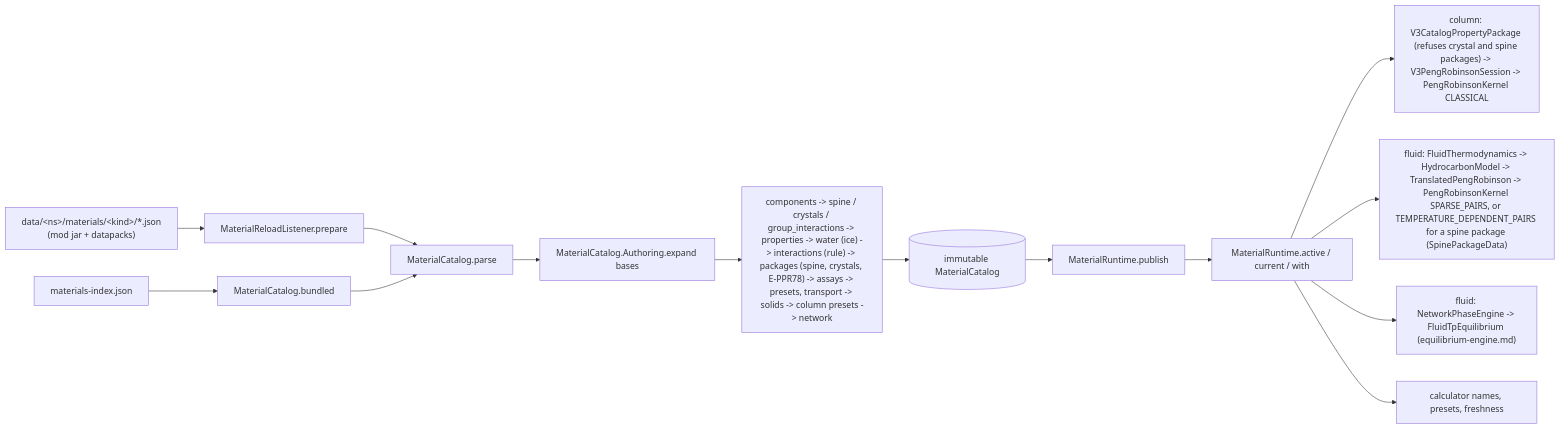
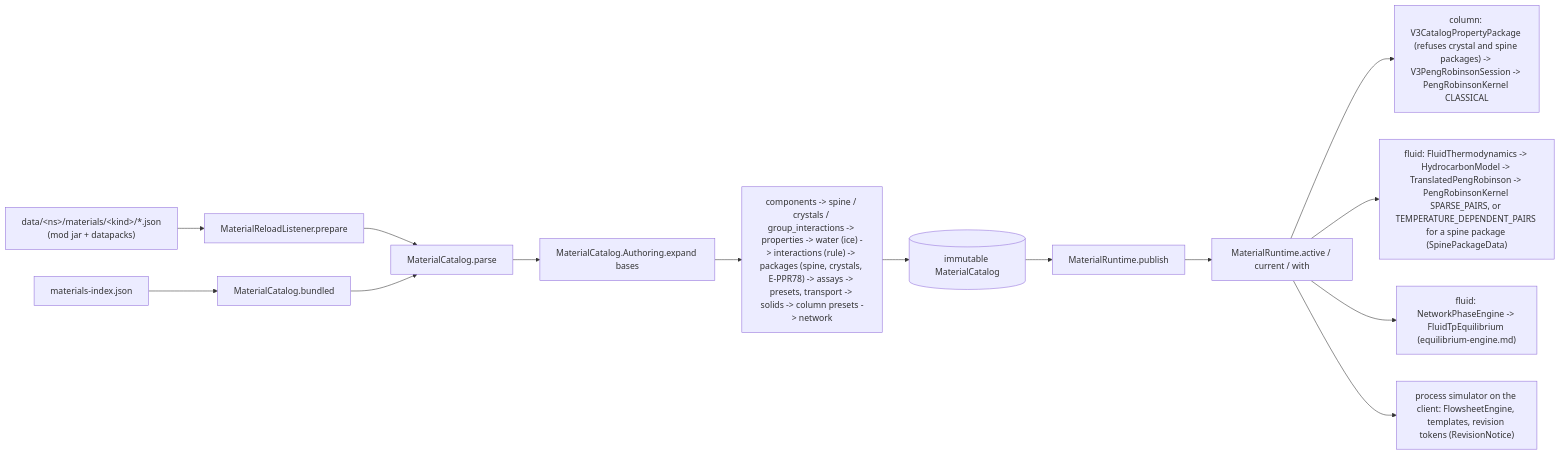
The diagram in documentation/reference/code-guide/thermo-materials.md (wormzjl/Industrial-Chemical-Engineering), drawn with Mermaid before and after one commit. The commit also changed other lines of this file and 8 other files, not shown here.

````diff
--- a/documentation/reference/code-guide/thermo-materials.md
+++ b/documentation/reference/code-guide/thermo-materials.md
@@ -92,16 +92,16 @@
 ```mermaid
 flowchart LR
   JSON["data/&lt;ns&gt;/materials/&lt;kind&gt;/*.json<br/>(mod jar + datapacks)"] --> RL[MaterialReloadListener.prepare]
   IDX["materials-index.json"] --> BUN[MaterialCatalog.bundled]
   RL --> P[MaterialCatalog.parse]
   BUN --> P
   P --> A[MaterialCatalog.Authoring.expand bases]
   A --> V["components -> spine / crystals / group_interactions -> properties -> water (ice) -> interactions (rule) -> packages (spine, crystals, E-PPR78) -> assays -> presets, transport -> solids -> column presets -> network"]
   V --> CAT[(immutable MaterialCatalog)]
   CAT --> PUB[MaterialRuntime.publish]
   PUB --> CUR["MaterialRuntime.active / current / with"]
   CUR --> COL["column: V3CatalogPropertyPackage (refuses crystal and spine packages) -> V3PengRobinsonSession -> PengRobinsonKernel CLASSICAL"]
   CUR --> FLU["fluid: FluidThermodynamics -> HydrocarbonModel -> TranslatedPengRobinson -> PengRobinsonKernel SPARSE_PAIRS, or TEMPERATURE_DEPENDENT_PAIRS for a spine package (SpinePackageData)"]
   CUR --> ENG["fluid: NetworkPhaseEngine -> FluidTpEquilibrium (equilibrium-engine.md)"]
-  CUR --> UI["calculator names, presets, freshness"]
+  CUR --> UI["process simulator on the client: FlowsheetEngine, templates, revision tokens (RevisionNotice)"]
 ```
````
